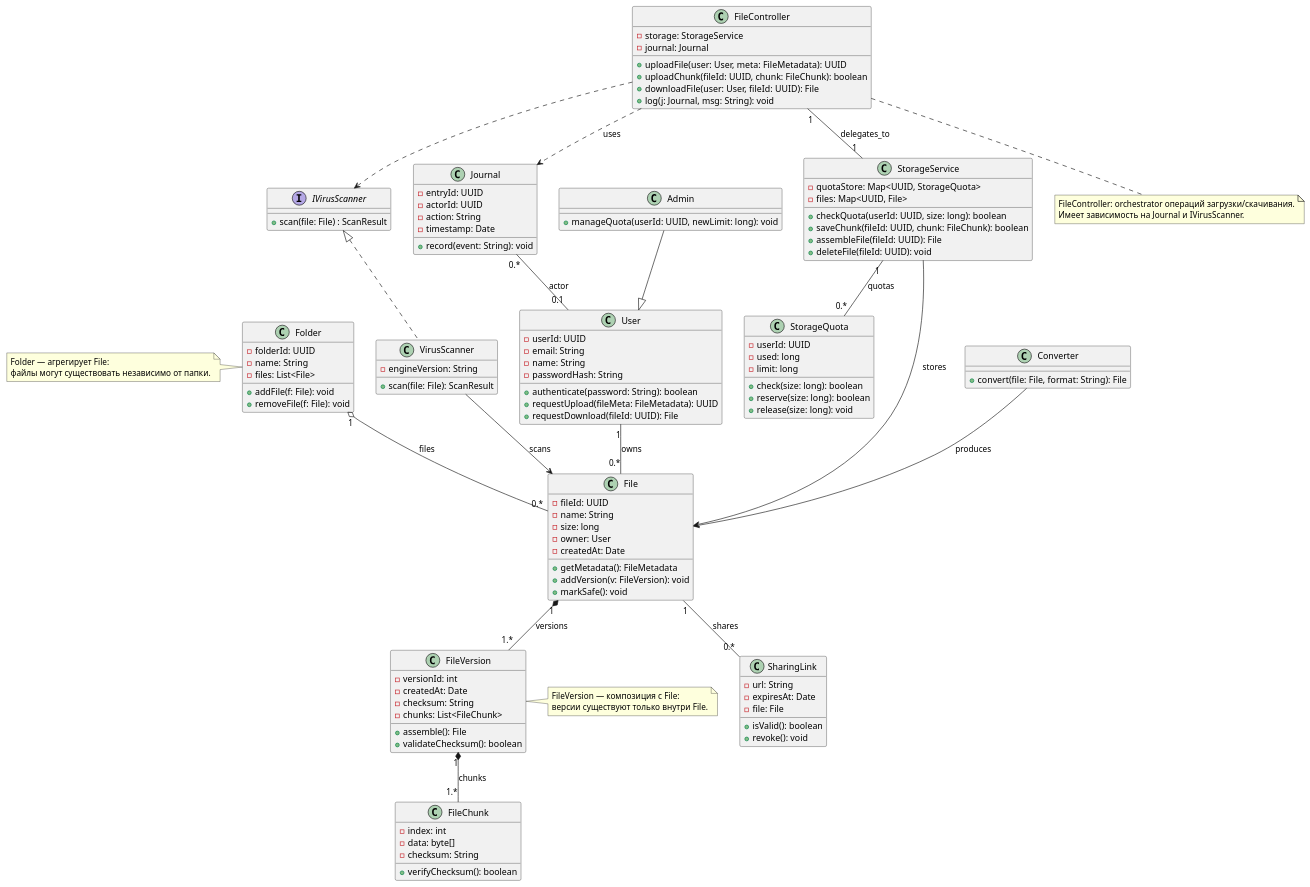
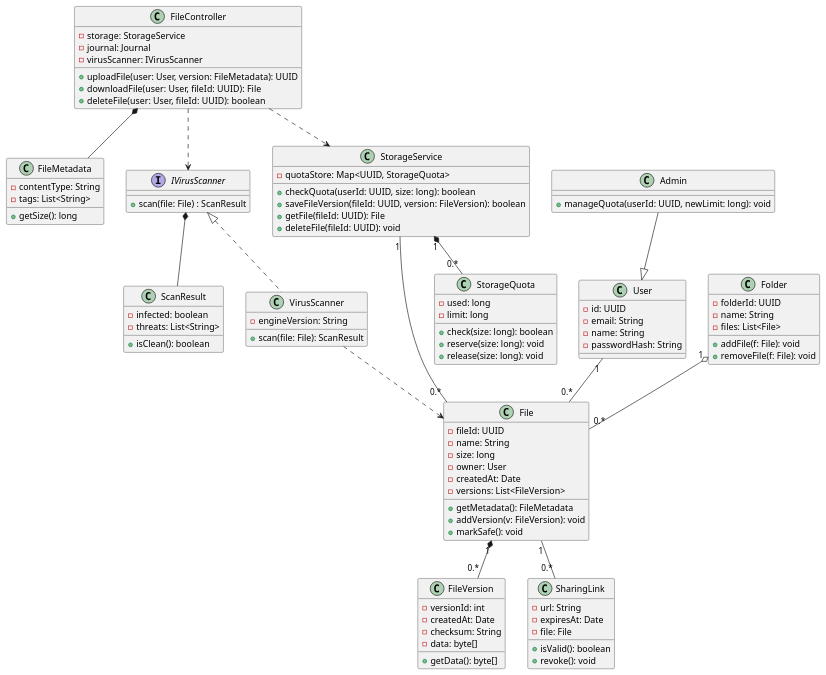
The diagram in 4/tp/lab3/lab.puml (qwonix/guap), drawn with PlantUML before and after one commit. The commit also changed 6 other files, not shown here.

```diff
--- a/4/tp/lab3/lab.puml
+++ b/4/tp/lab3/lab.puml
@@ -1,168 +1,129 @@
 @startuml
-' Диаграмма классов: Облачное хранилище
+' Диаграмма классов: Облачное хранилище (FileChunk удалён)
 
-' ---------- Классы и интерфейсы ----------
+' ---------- Вспомогательные типы ----------
+class FileMetadata {
+  - contentType: String
+  - tags: List<String>
+  + getSize(): long
+}
+
+class ScanResult {
+  - infected: boolean
+  - threats: List<String>
+  + isClean(): boolean
+}
+
+' ---------- Интерфейсы и основные классы ----------
 interface IVirusScanner {
   + scan(file: File) : ScanResult
 }
 
 class User {
-  - userId: UUID
+  - id: UUID
   - email: String
   - name: String
   - passwordHash: String
-  + authenticate(password: String): boolean
-  + requestUpload(fileMeta: FileMetadata): UUID
-  + requestDownload(fileId: UUID): File
 }
 
 class Admin {
   + manageQuota(userId: UUID, newLimit: long): void
 }
 Admin --|> User
 
 class File {
   - fileId: UUID
   - name: String
   - size: long
   - owner: User
   - createdAt: Date
+  - versions: List<FileVersion>
   + getMetadata(): FileMetadata
   + addVersion(v: FileVersion): void
   + markSafe(): void
 }
 
 class FileVersion {
   - versionId: int
   - createdAt: Date
   - checksum: String
-  - chunks: List<FileChunk>
-  + assemble(): File
-  + validateChecksum(): boolean
-}
-
-class FileChunk {
-  - index: int
   - data: byte[]
-  - checksum: String
-  + verifyChecksum(): boolean
+  + getData(): byte[]
 }
 
 class Folder {
   - folderId: UUID
   - name: String
   - files: List<File>
   + addFile(f: File): void
   + removeFile(f: File): void
 }
 
 class StorageQuota {
-  - userId: UUID
   - used: long
   - limit: long
   + check(size: long): boolean
-  + reserve(size: long): boolean
+  + reserve(size: long): void
   + release(size: long): void
 }
 
 class SharingLink {
   - url: String
   - expiresAt: Date
   - file: File
   + isValid(): boolean
   + revoke(): void
 }
 
-class Journal {
-  - entryId: UUID
-  - actorId: UUID
-  - action: String
-  - timestamp: Date
-  + record(event: String): void
-}
-
 class FileController {
   - storage: StorageService
   - journal: Journal
-  + uploadFile(user: User, meta: FileMetadata): UUID
-  + uploadChunk(fileId: UUID, chunk: FileChunk): boolean
+  - virusScanner: IVirusScanner
+  + uploadFile(user: User, version: FileMetadata): UUID
   + downloadFile(user: User, fileId: UUID): File
-  + log(j: Journal, msg: String): void
+  + deleteFile(user: User, fileId: UUID): boolean
 }
 
 class StorageService {
   - quotaStore: Map<UUID, StorageQuota>
-  - files: Map<UUID, File>
   + checkQuota(userId: UUID, size: long): boolean
-  + saveChunk(fileId: UUID, chunk: FileChunk): boolean
-  + assembleFile(fileId: UUID): File
+  + saveFileVersion(fileId: UUID, version: FileVersion): boolean
+  + getFile(fileId: UUID): File
   + deleteFile(fileId: UUID): void
 }
 
 class VirusScanner {
   - engineVersion: String
   + scan(file: File): ScanResult
 }
 
-class Converter {
-  + convert(file: File, format: String): File
-}
+' ---------- Отношения ----------
+IVirusScanner <|.. VirusScanner
+IVirusScanner *-- ScanResult
 
-' ---------- Реализации, композиции, агрегации, ассоциации, зависимости ----------
-' реализация интерфейса
-IVirusScanner <|.. VirusScanner
+' композиция: File содержит версии (version — часть File)
+StorageService "1" *-- "0.*" StorageQuota
 
-' композиция: File содержит версии; версии существуют только в контексте File
-File "1" *-- "1.*" FileVersion : versions
+' композиция: File содержит версии (version — часть File)
+File "1" *-- "0.*" FileVersion
 
-' композиция: FileVersion содержит чанки (части) — часть не существует без версии
-FileVersion "1" *-- "1.*" FileChunk : chunks
+' агрегация: Folder агрегирует File
+Folder "1" o-- "0.*" File
 
-' агрегация: Folder агрегирует Files (файлы могут существовать вне папки)
-Folder "1" o-- "0.*" File : files
+' ассоциация: User владеет File (поле owner в File)
+User "1" -- "0.*" File
 
-' ассоциация: File имеет владельца User (поле owner)
-User "1" -- "0.*" File : owns
+' ассоциация/зависимость/использование
+FileController ..> StorageService
+FileController ..> IVirusScanner
+FileController *-- FileMetadata
 
-' зависимость: FileController зависит от Journal (метод принимает Journal как параметр)
-FileController ..> Journal : uses
 
-' ассоциация/зависимость между контроллером и сервисом хранения
-FileController "1" -- "1" StorageService : delegates_to
+' File и SharingLink
+File "1" -- "0.*" SharingLink
 
-' ассоциация: StorageService использует StorageQuota
-StorageService "1" -- "0.*" StorageQuota : quotas
-
-' реализация/взаимодействие: FileController использует IVirusScanner (через зависимость)
-FileController ..> IVirusScanner
-
-' ассоциация: File <-> SharingLink (один файл может иметь 0..* ссылок)
-File "1" -- "0.*" SharingLink : shares
-
-' Converter ассоциирован с File (использует/создаёт новые версии)
-Converter --> File : produces
-
-' Journal связь с User (логирование акторов)
-Journal "0.*" -- "0.1" User : actor
-
-' дополнительные отношения для полноты
-StorageService --> File : stores
-VirusScanner --> File : scans
-
-' ---------- Примечания ----------
-note right of FileVersion
-  FileVersion — композиция с File:
-  версии существуют только внутри File.
-end note
-
-note left of Folder
-  Folder — агрегирует File:
-  файлы могут существовать независимо от папки.
-end note
-
-note bottom of FileController
-  FileController: orchestrator операций загрузки/скачивания.
-  Имеет зависимость на Journal и IVirusScanner.
-end note
+' сервисы работают с File
+StorageService "1" -- "0.*" File
+VirusScanner ..> File
 
 @enduml
```
